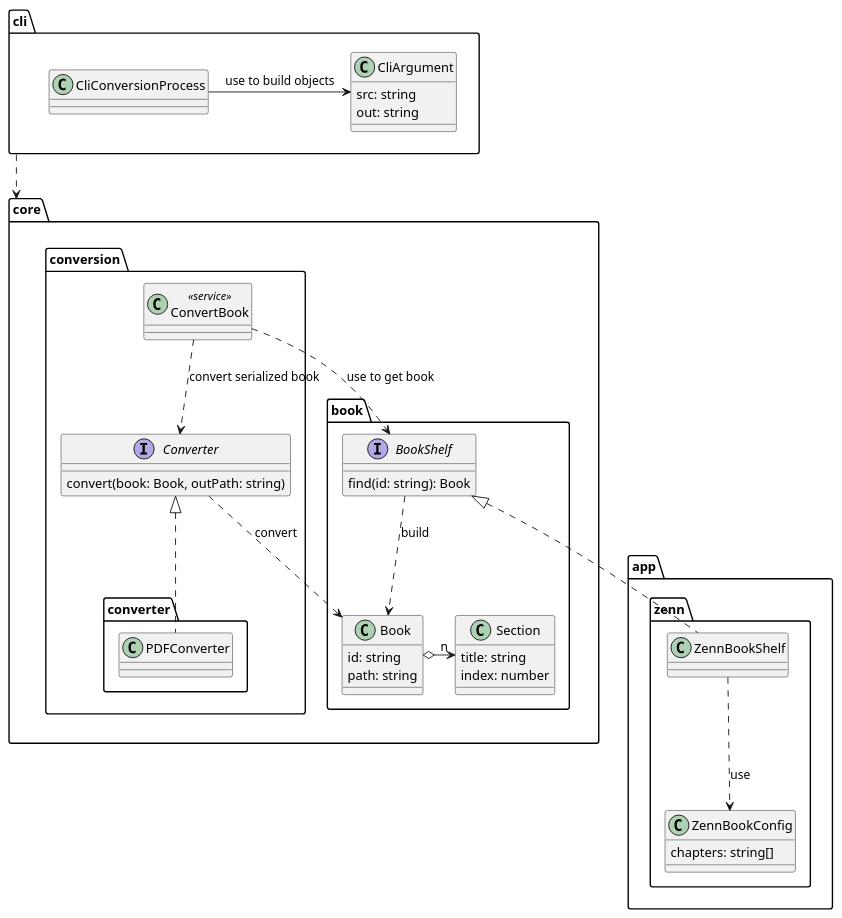
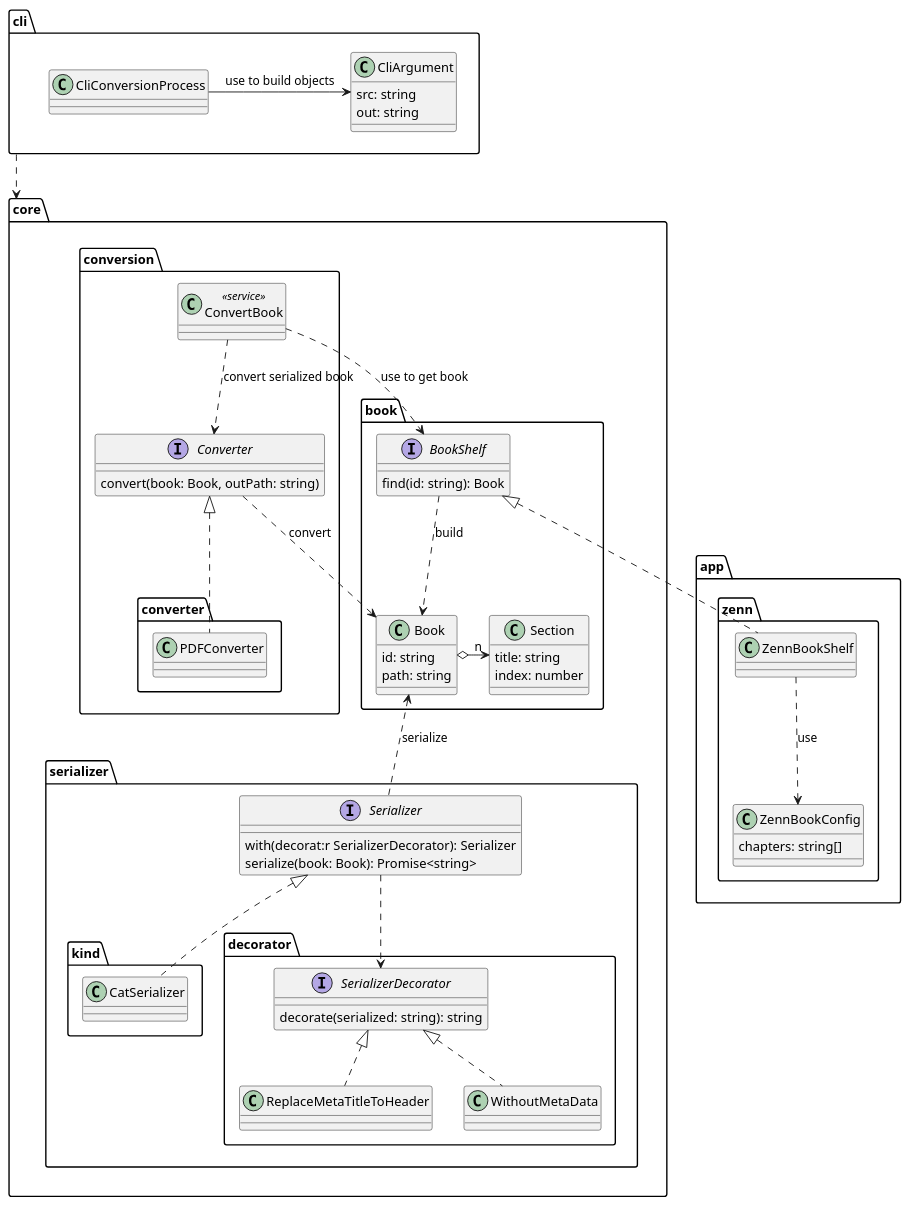
The diagram in scripts/books/book-to-pdf/docs/model.puml (tooppoo/zenn-docs), drawn with PlantUML before and after one commit.

Commit message:
update model

```diff
--- a/scripts/books/book-to-pdf/docs/model.puml
+++ b/scripts/books/book-to-pdf/docs/model.puml
@@ -1,61 +1,84 @@
 @startuml model to build pdf from markdown
 package core {
   package book {
     class Book {
       id: string
       path: string
     }
     class Section {
       title: string
       index: number
     }
 
     Book o-r-> "n" Section
 
     interface BookShelf {
       find(id: string): Book
     }
     BookShelf ..> Book : build
+  }
+
+  package serializer {
+    interface Serializer {
+      with(decorat:r SerializerDecorator): Serializer
+      serialize(book: Book): Promise<string>
+    }
+    Serializer .u.> Book : serialize
+
+    package kind {
+      CatSerializer .u.|> Serializer
+    }
+
+    package decorator {
+      interface SerializerDecorator {
+        decorate(serialized: string): string
+      }
+
+      ReplaceMetaTitleToHeader .u.|> SerializerDecorator
+      WithoutMetaData .u.|> SerializerDecorator
+    }
+    Serializer ..> SerializerDecorator
+
   }
 
   package conversion {
     interface Converter {
       convert(book: Book, outPath: string)
     }
     Converter ..> Book : convert
 
     class ConvertBook << service >>
     ConvertBook ..> Converter : convert serialized book
     ConvertBook ..> BookShelf : use to get book
 
     package converter {
       class PDFConverter
       PDFConverter .u.|> Converter
     }
   }
 }
 
 package app {
   package zenn {
     class ZennBookShelf
     ZennBookShelf .u.|> BookShelf
 
     class ZennBookConfig {
       chapters: string[]
     }
     ZennBookShelf ..> ZennBookConfig : use
   }
 }
 
 package cli {
   class CliArgument {
     src: string
     out: string
   }
 
   class CliConversionProcess
   CliConversionProcess -r-> CliArgument : use to build objects
 }
 
 cli ..> core
 @enduml
```
